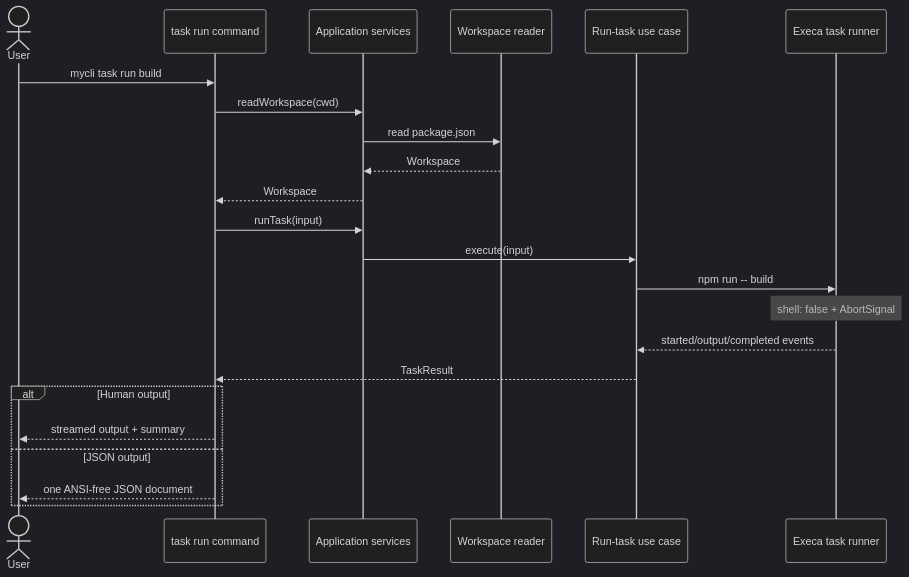
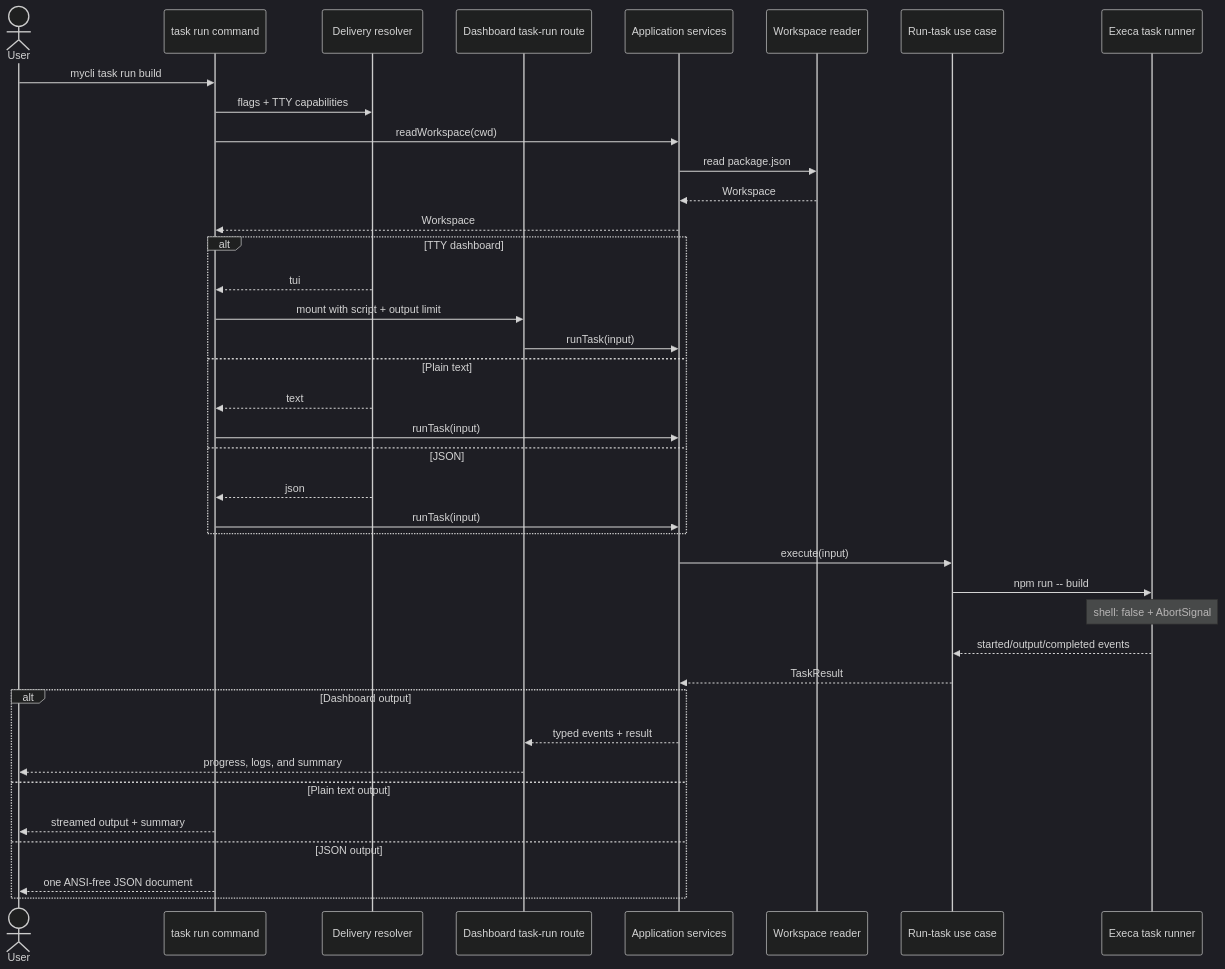
The third of 5 diagrams in docs/architecture.md (felipeseho/cli-template), drawn with Mermaid (dark theme) before and after one commit. The commit also changed other lines of this file and 40 other files, not shown here.

````diff
--- a/docs/architecture.md
+++ b/docs/architecture.md
@@ -274,26 +301,42 @@
 ```mermaid
 sequenceDiagram
   actor User
   participant Command as task run command
+  participant Mode as Delivery resolver
+  participant TUI as Dashboard task-run route
   participant Services as Application services
   participant Workspace as Workspace reader
   participant UseCase as Run-task use case
   participant Runner as Execa task runner
 
   User->>Command: mycli task run build
+  Command->>Mode: flags + TTY capabilities
   Command->>Services: readWorkspace(cwd)
   Services->>Workspace: read package.json
   Workspace-->>Services: Workspace
   Services-->>Command: Workspace
-  Command->>Services: runTask(input)
+  alt TTY dashboard
+    Mode-->>Command: tui
+    Command->>TUI: mount with script + output limit
+    TUI->>Services: runTask(input)
+  else Plain text
+    Mode-->>Command: text
+    Command->>Services: runTask(input)
+  else JSON
+    Mode-->>Command: json
+    Command->>Services: runTask(input)
+  end
   Services->>UseCase: execute(input)
   UseCase->>Runner: npm run -- build
   Note over Runner: shell: false + AbortSignal
   Runner-->>UseCase: started/output/completed events
-  UseCase-->>Command: TaskResult
-  alt Human output
+  UseCase-->>Services: TaskResult
+  alt Dashboard output
+    Services-->>TUI: typed events + result
+    TUI-->>User: progress, logs, and summary
+  else Plain text output
     Command-->>User: streamed output + summary
   else JSON output
     Command-->>User: one ANSI-free JSON document
   end
 ```
````
